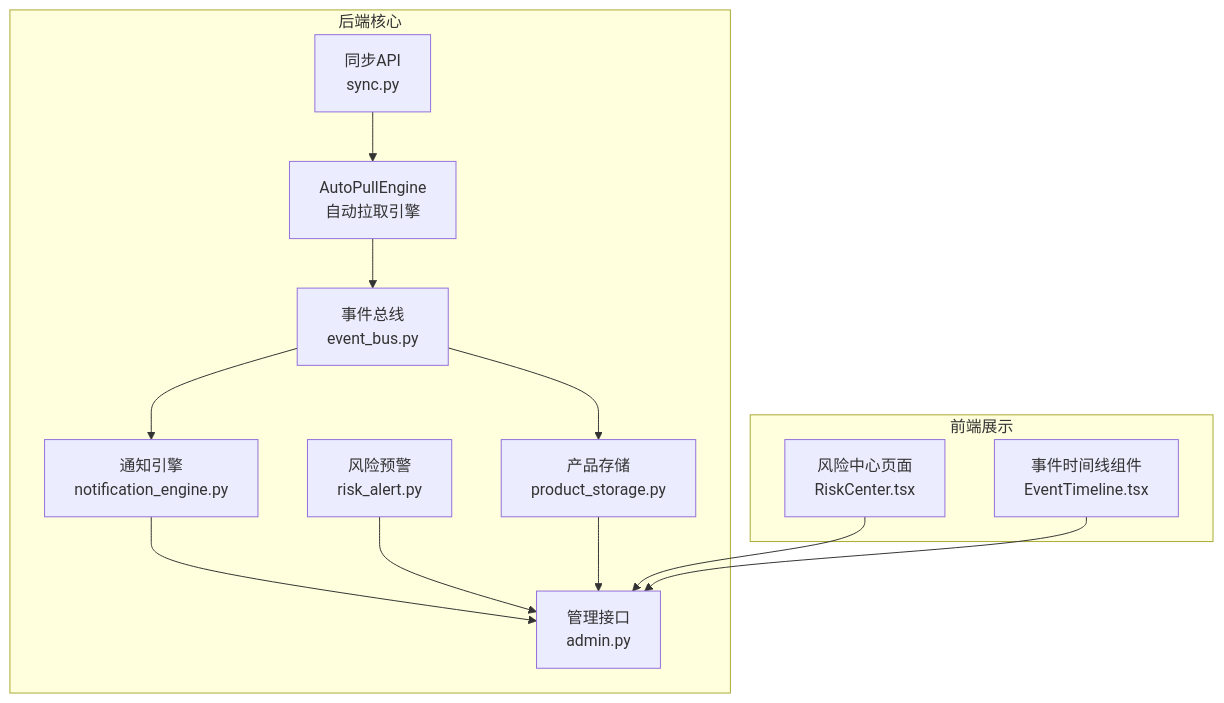
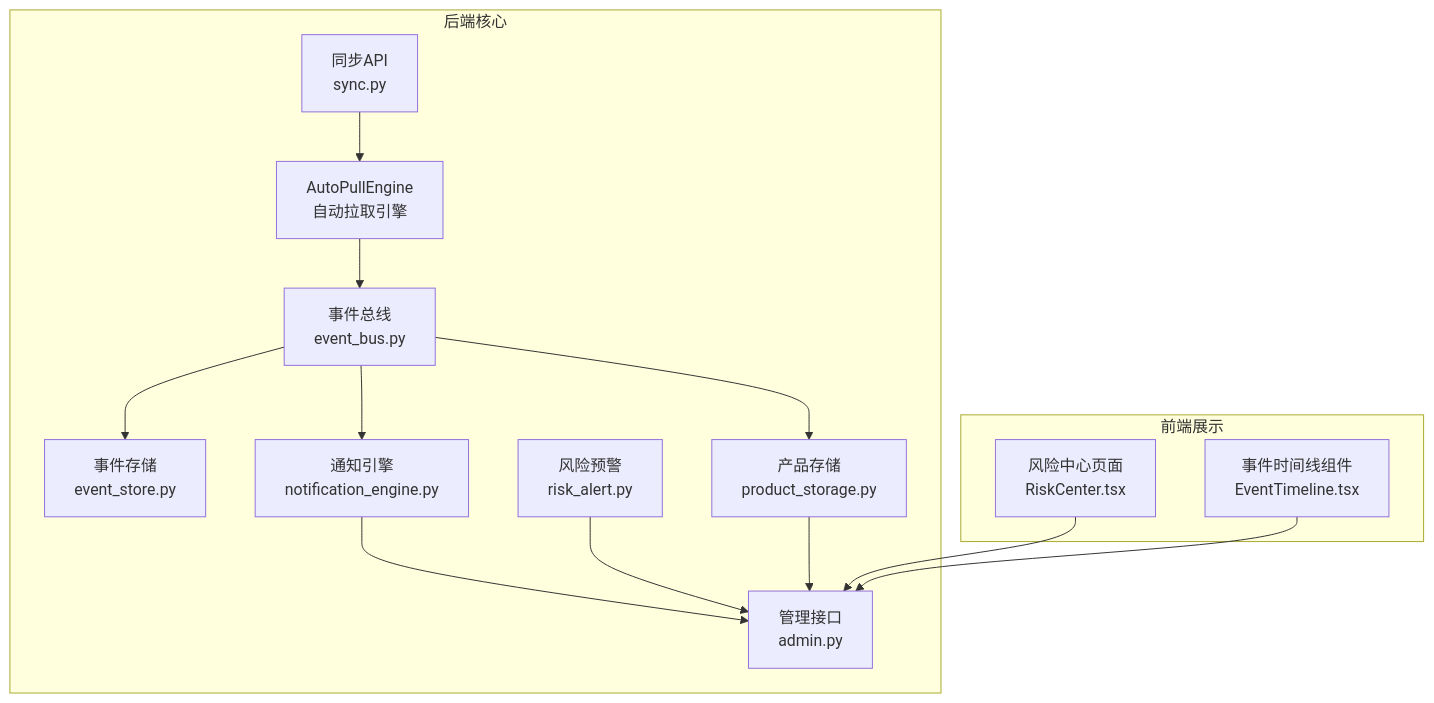
The first of 10 diagrams in .qoder/repowiki/zh/content/监控与运维/日志管理.md (angledick/-), drawn with Mermaid before and after one commit. The commit also changed other lines of this file and 193 other files, not shown here.

````diff
--- a/.qoder/repowiki/zh/content/监控与运维/日志管理.md
+++ b/.qoder/repowiki/zh/content/监控与运维/日志管理.md
@@ -56,25 +56,27 @@
 ```mermaid
 graph TB
 subgraph "后端核心"
 APE["AutoPullEngine<br/>自动拉取引擎"]
 EB["事件总线<br/>event_bus.py"]
+ES["事件存储<br/>event_store.py"]
 NE["通知引擎<br/>notification_engine.py"]
 RA["风险预警<br/>risk_alert.py"]
 PS["产品存储<br/>product_storage.py"]
 ADM["管理接口<br/>admin.py"]
 SYNCAPI["同步API<br/>sync.py"]
 end
 subgraph "前端展示"
 RC["风险中心页面<br/>RiskCenter.tsx"]
 ET["事件时间线组件<br/>EventTimeline.tsx"]
 end
 APE --> EB
+EB --> ES
 EB --> PS
 EB --> NE
 NE --> ADM
 RA --> ADM
 PS --> ADM
 SYNCAPI --> APE
 RC --> ADM
 ET --> ADM
 ```
````
